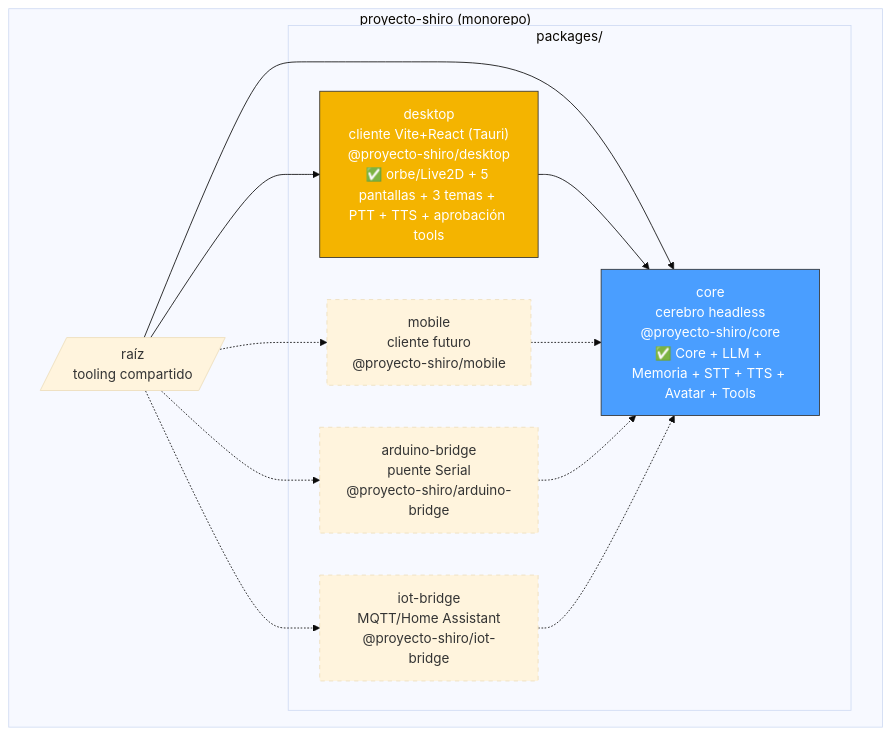
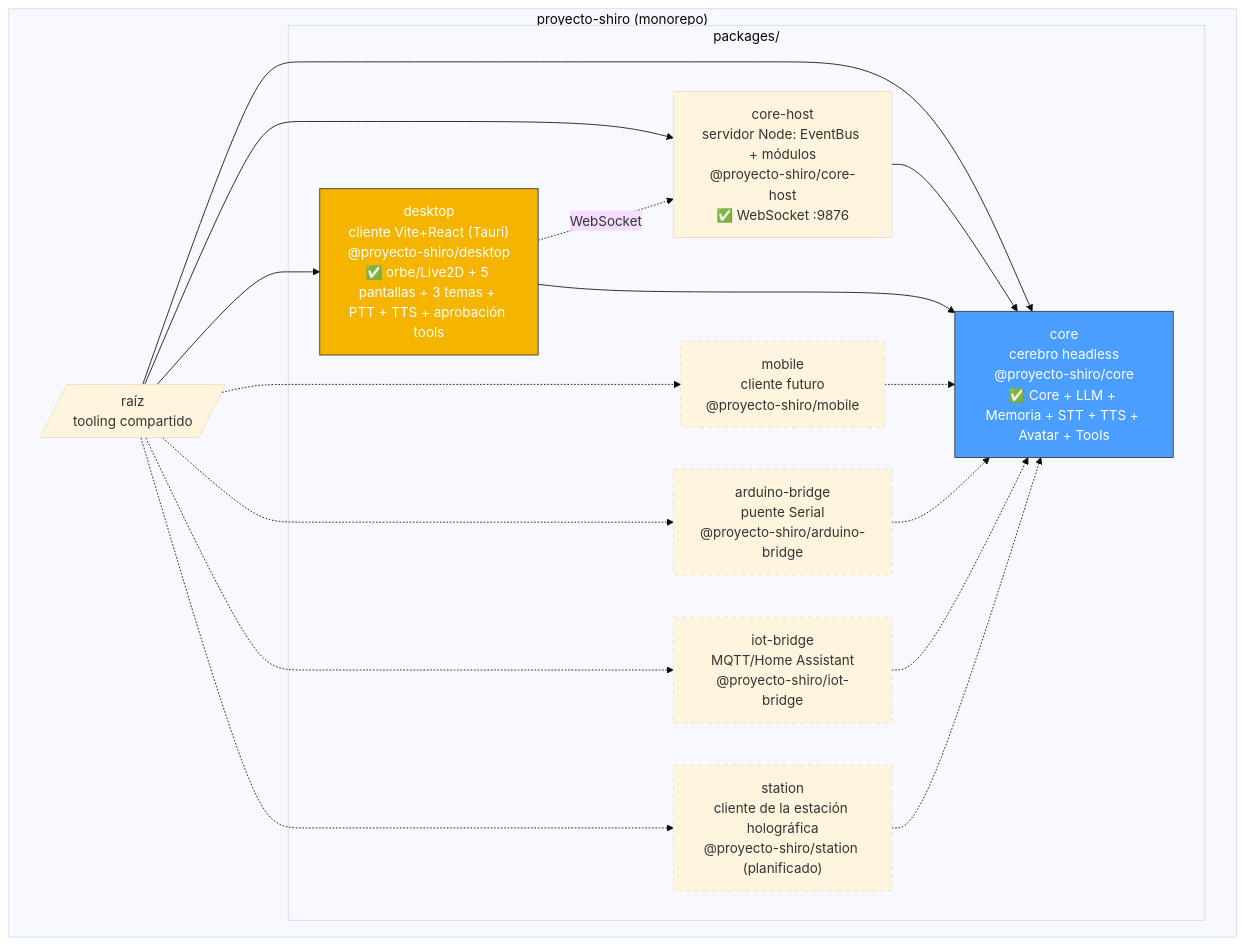
The first of 10 diagrams in docs/architecture.md (Pipelol0723/proyecto-shiro), drawn with Mermaid (base theme) before and after one commit. The commit also changed other lines of this file and 18 other files, not shown here.

````diff
--- a/docs/architecture.md
+++ b/docs/architecture.md
@@ -42,31 +34,39 @@
 ```mermaid
 graph TB
     subgraph "proyecto-shiro (monorepo)"
         Root[/"raíz<br>tooling compartido"/]
 
         subgraph "packages/"
             Core["core<br>cerebro headless<br>@proyecto-shiro/core<br>✅ Core + LLM + Memoria + STT + TTS + Avatar + Tools"]
+            CoreHost["core-host<br>servidor Node: EventBus + módulos<br>@proyecto-shiro/core-host<br>✅ WebSocket :9876"]
             Desktop["desktop<br>cliente Vite+React (Tauri)<br>@proyecto-shiro/desktop<br>✅ orbe/Live2D + 5 pantallas + 3 temas + PTT + TTS + aprobación tools"]
             Mobile["mobile<br>cliente futuro<br>@proyecto-shiro/mobile"]
             Arduino["arduino-bridge<br>puente Serial<br>@proyecto-shiro/arduino-bridge"]
             IoT["iot-bridge<br>MQTT/Home Assistant<br>@proyecto-shiro/iot-bridge"]
+            Station["station<br>cliente de la estación holográfica<br>@proyecto-shiro/station (planificado)"]
         end
 
         Root --> Core
+        Root --> CoreHost
         Root --> Desktop
         Root -.-> Mobile
         Root -.-> Arduino
         Root -.-> IoT
+        Root -.-> Station
 
+        CoreHost --> Core
         Desktop --> Core
+        Desktop -.WebSocket.-> CoreHost
         Mobile -.-> Core
         Arduino -.-> Core
         IoT -.-> Core
+        Station -.-> Core
     end
 
     style Core fill:#4a9eff,stroke:#333,color:#fff
     style Desktop fill:#f4b400,stroke:#333,color:#fff
     style Mobile stroke-dasharray: 5 5
     style Arduino stroke-dasharray: 5 5
     style IoT stroke-dasharray: 5 5
+    style Station stroke-dasharray: 5 5
 ```
````
